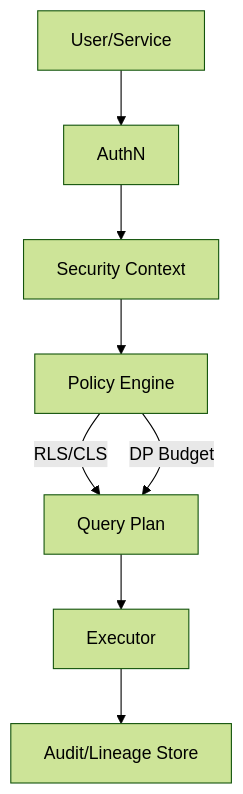
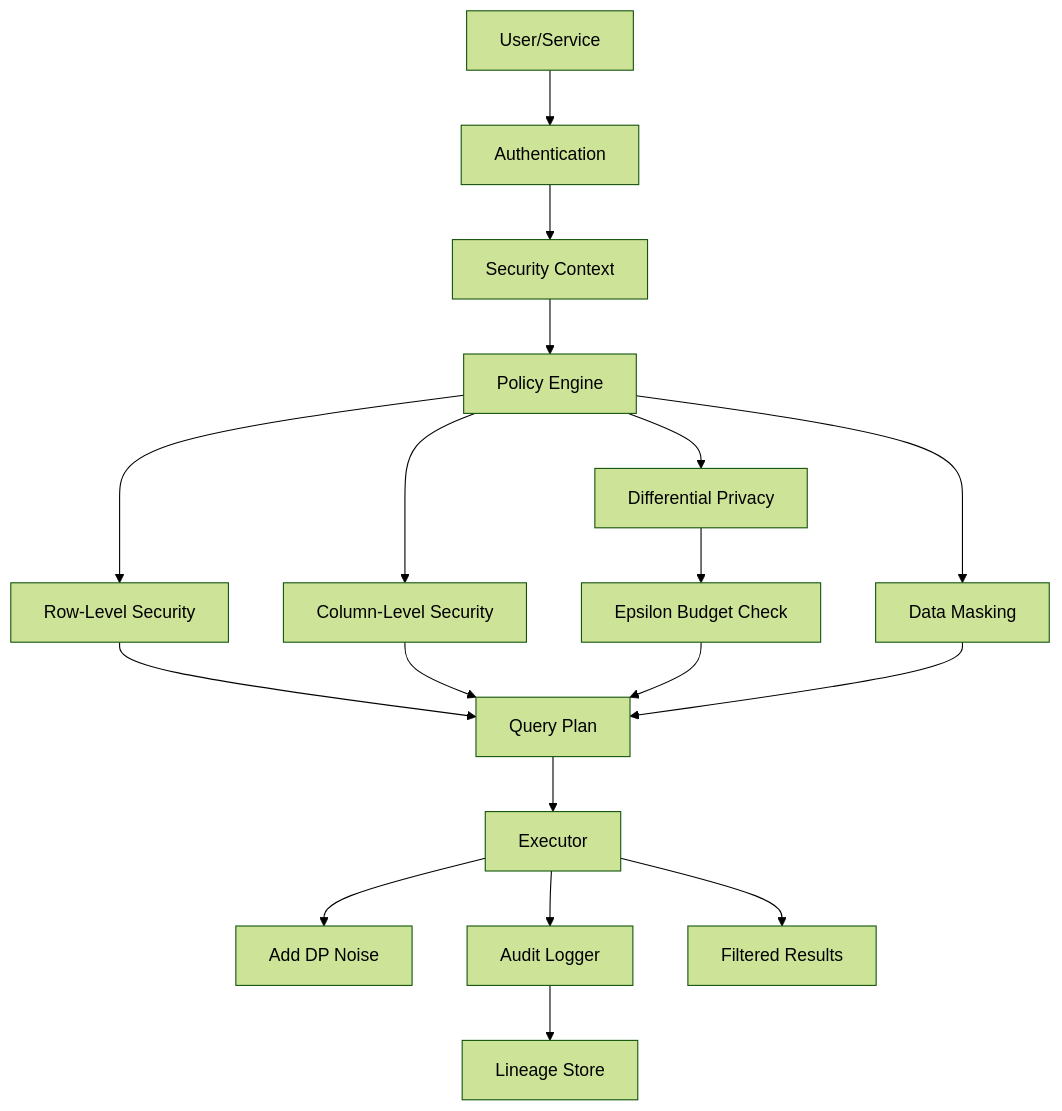
The sixth of 10 diagrams in ARCHITECTURE.md (hoangsonww/LatticeDB-NextGen-DBMS), drawn with Mermaid (forest theme) before and after one commit. The commit also changed other lines of this file and 82 other files, not shown here.

````diff
--- a/ARCHITECTURE.md
+++ b/ARCHITECTURE.md
@@ -315,10 +359,24 @@
 ```mermaid
 flowchart TD
-  U[User/Service] --> A[AuthN]
-  A --> Ctx[Security Context]
-  Ctx --> P[Policy Engine]
-  P -->|RLS/CLS| QP[Query Plan]
-  P -->|DP Budget| QP
-  QP --> EXE[Executor]
-  EXE --> AUD[Audit/Lineage Store]
+    U[User/Service] --> AUTH[Authentication]
+    AUTH --> CTX[Security Context]
+    CTX --> PE[Policy Engine]
+
+    PE --> RLS[Row-Level Security]
+    PE --> CLS[Column-Level Security]
+    PE --> DP[Differential Privacy]
+    PE --> MASK[Data Masking]
+
+    RLS --> QP[Query Plan]
+    CLS --> QP
+    DP --> BUDGET[Epsilon Budget Check]
+    BUDGET --> QP
+    MASK --> QP
+
+    QP --> EXEC[Executor]
+    EXEC --> NOISE[Add DP Noise]
+    EXEC --> AUDIT[Audit Logger]
+    AUDIT --> LINEAGE[Lineage Store]
+
+    EXEC --> RESULT[Filtered Results]
 ```
````
